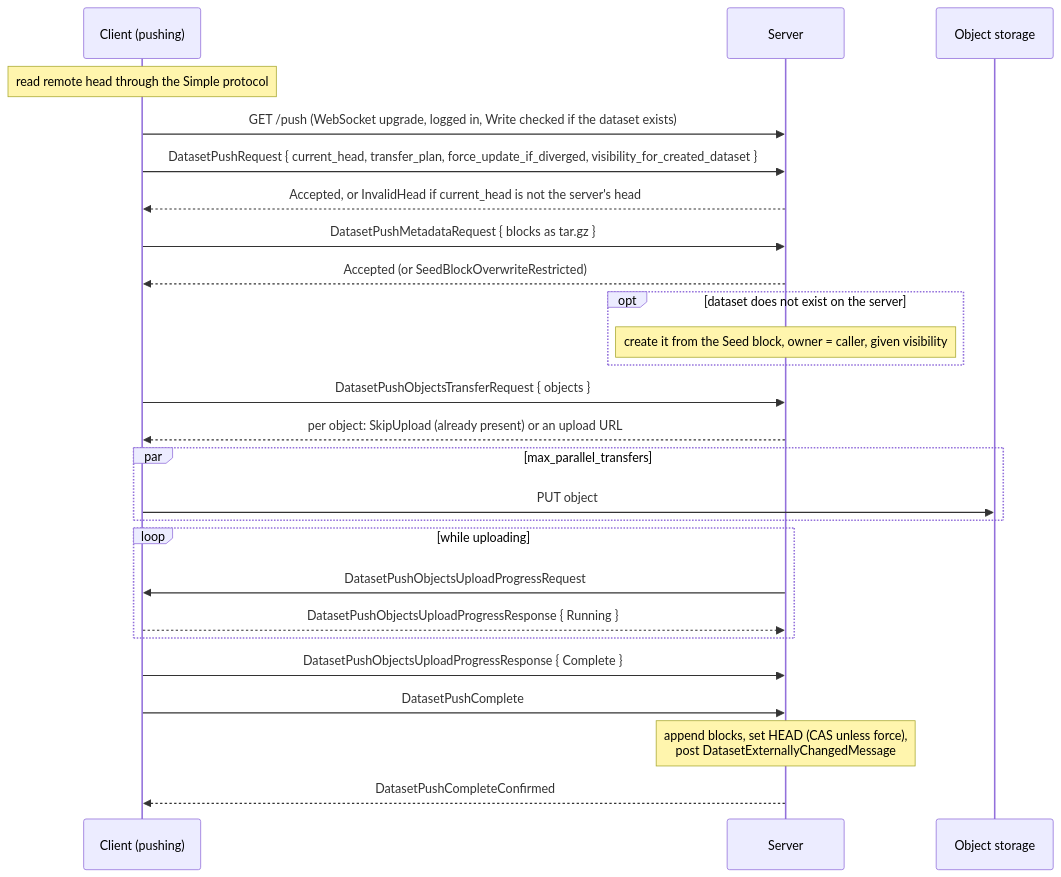
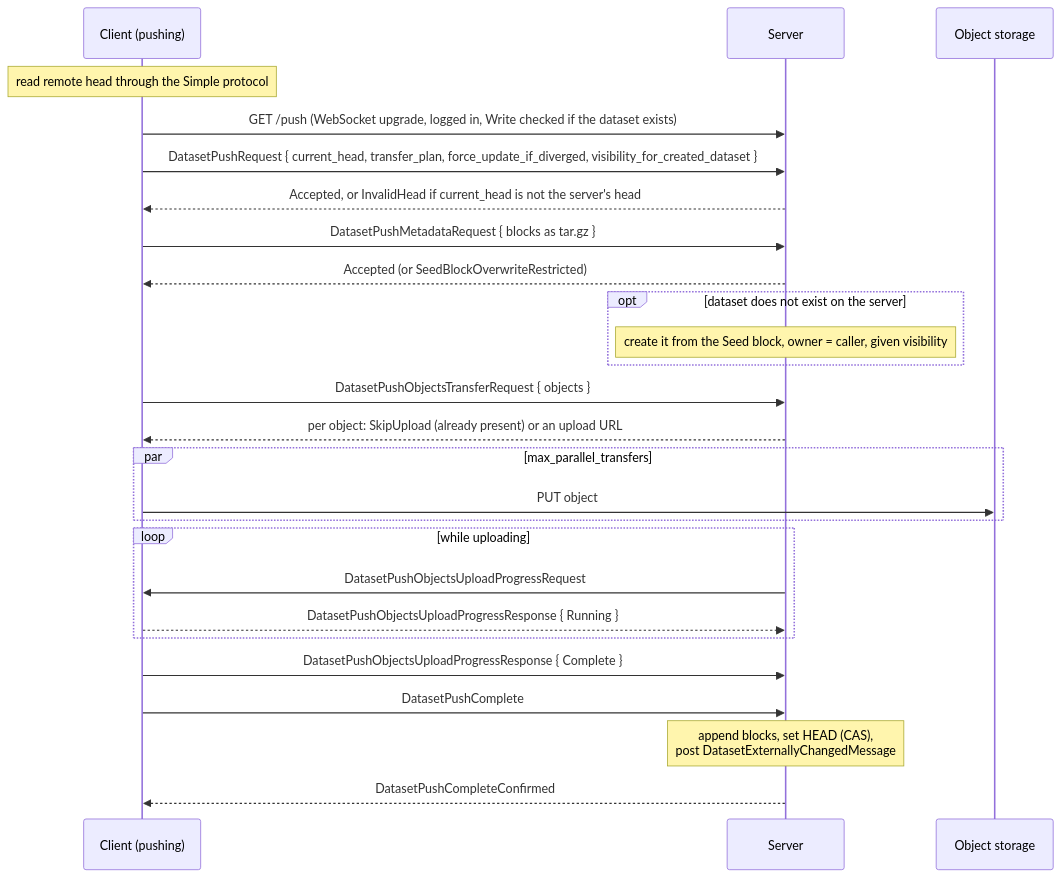
One commit to kamu-data/kamu-cli changed the third of 3 diagrams in docs/internal/dataset-sync.md. Above: the diagram before and after it, drawn with Mermaid. The commit also changed other lines of this file and 36 other files, not shown here.

Commit message:
DS1.4: push ingest, set watermark and metadata batch append commit HEAD via DatasetHeadCommitter

````diff
--- a/docs/internal/dataset-sync.md
+++ b/docs/internal/dataset-sync.md
@@ -276,28 +279,28 @@
 ```mermaid
 sequenceDiagram
     participant C as Client (pushing)
     participant S as Server
     participant O as Object storage
     Note over C: read remote head through the Simple protocol
     C->>S: GET /push (WebSocket upgrade, logged in, Write checked if the dataset exists)
     C->>S: DatasetPushRequest { current_head, transfer_plan, force_update_if_diverged, visibility_for_created_dataset }
     S-->>C: Accepted, or InvalidHead if current_head is not the server's head
     C->>S: DatasetPushMetadataRequest { blocks as tar.gz }
     S-->>C: Accepted (or SeedBlockOverwriteRestricted)
     opt dataset does not exist on the server
         Note over S: create it from the Seed block, owner = caller, given visibility
     end
     C->>S: DatasetPushObjectsTransferRequest { objects }
     S-->>C: per object: SkipUpload (already present) or an upload URL
     par max_parallel_transfers
         C->>O: PUT object
     end
     loop while uploading
         S->>C: DatasetPushObjectsUploadProgressRequest
         C-->>S: DatasetPushObjectsUploadProgressResponse { Running }
     end
     C->>S: DatasetPushObjectsUploadProgressResponse { Complete }
     C->>S: DatasetPushComplete
-    Note over S: append blocks, set HEAD (CAS unless force),<br/>post DatasetExternallyChangedMessage
+    Note over S: append blocks, set HEAD (CAS),<br/>post DatasetExternallyChangedMessage
     S-->>C: DatasetPushCompleteConfirmed
 ```
````
